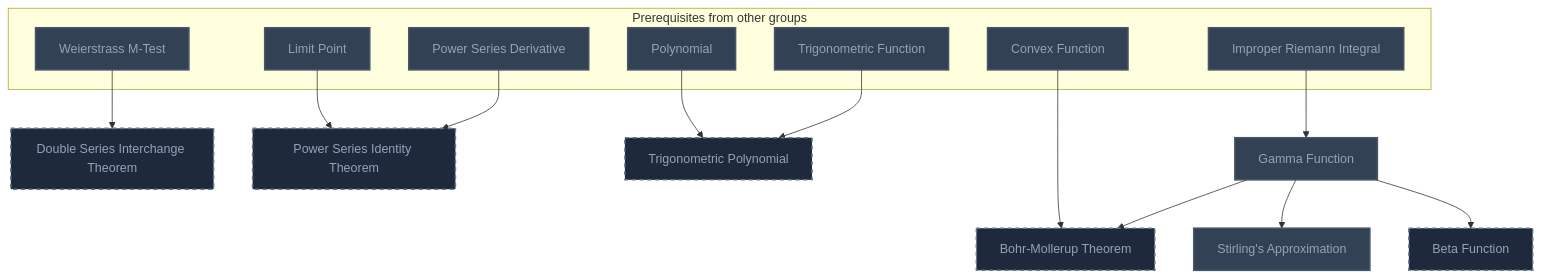
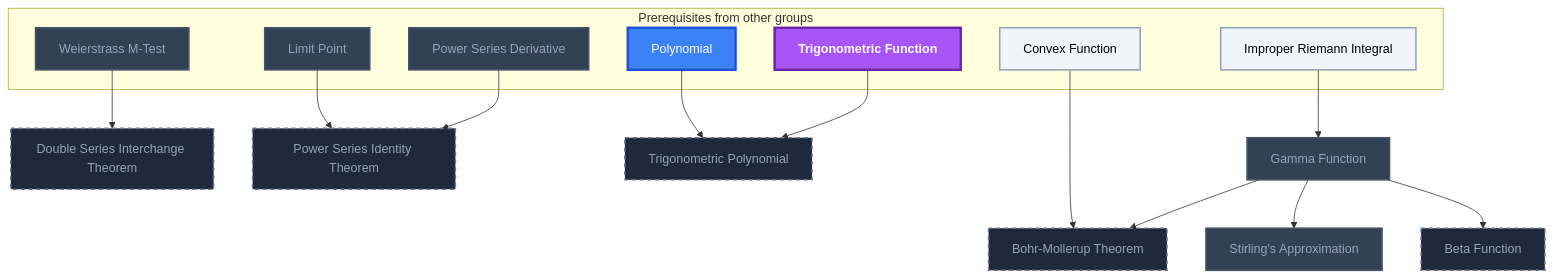
Before and after one commit to MRauf1/My-Notes: diagram 14 of 22 in Gamification/Skill Trees/Real Analysis.md, drawn with Mermaid. The commit also changed other lines of this file and 156 other files, not shown here.

````diff
--- a/Gamification/Skill Trees/Real Analysis.md
+++ b/Gamification/Skill Trees/Real Analysis.md
@@ -1152,41 +1177,44 @@
 ```mermaid
 flowchart TD
     classDef planned fill:#1E293B,stroke:#64748B,stroke-width:2px,stroke-dasharray:5 5,color:#94A3B8;
     classDef locked fill:#334155,stroke:#475569,stroke-width:2px,color:#94A3B8;
     classDef L0 fill:#F1F5F9,stroke:#94A3B8,stroke-width:2px,color:#000000;
     classDef L1 fill:#22C55E,stroke:#15803D,stroke-width:2px,color:#000000;
     classDef L2 fill:#3B82F6,stroke:#1D4ED8,stroke-width:3px,color:#FFFFFF;
     classDef L3 fill:#A855F7,stroke:#6B21A8,stroke-width:3px,color:#FFFFFF,font-weight:bold;
     classDef L4 fill:#F97316,stroke:#C2410C,stroke-width:4px,color:#000000,font-weight:bold;
     classDef L5 fill:#FFD700,stroke:#FF8C00,stroke-width:5px,color:#000000,font-weight:bold;
     classDef rusty stroke:#8B4513,stroke-width:4px,stroke-dasharray:3 3;
     subgraph sg_prereqs["Prerequisites from other groups"]
         n_weierstrass_m_test["Weierstrass M-Test"]
         n_limit_point["Limit Point"]
         n_power_series_derivative["Power Series Derivative"]
         n_polynomial["Polynomial"]
         n_trigonometric_function["Trigonometric Function"]
         n_convex_function["Convex Function"]
         n_improper_riemann_integral["Improper Riemann Integral"]
     end
     n_stirling_s_approximation["Stirling's Approximation"]
     n_double_series_interchange_theorem["Double Series Interchange Theorem"]
     n_power_series_identity_theorem["Power Series Identity Theorem"]
     n_trigonometric_polynomial["Trigonometric Polynomial"]
     n_beta_function["Beta Function"]
     n_bohr_mollerup_theorem["Bohr-Mollerup Theorem"]
     n_gamma_function["Gamma Function"]
     n_gamma_function --> n_stirling_s_approximation
     n_weierstrass_m_test --> n_double_series_interchange_theorem
     n_limit_point --> n_power_series_identity_theorem
     n_power_series_derivative --> n_power_series_identity_theorem
     n_polynomial --> n_trigonometric_polynomial
     n_trigonometric_function --> n_trigonometric_polynomial
     n_gamma_function --> n_beta_function
     n_convex_function --> n_bohr_mollerup_theorem
     n_gamma_function --> n_bohr_mollerup_theorem
     n_improper_riemann_integral --> n_gamma_function
     class n_double_series_interchange_theorem,n_power_series_identity_theorem,n_trigonometric_polynomial,n_beta_function,n_bohr_mollerup_theorem planned;
-    class n_weierstrass_m_test,n_limit_point,n_power_series_derivative,n_polynomial,n_trigonometric_function,n_convex_function,n_improper_riemann_integral,n_stirling_s_approximation,n_gamma_function locked;
+    class n_weierstrass_m_test,n_limit_point,n_power_series_derivative,n_stirling_s_approximation,n_gamma_function locked;
+    class n_convex_function,n_improper_riemann_integral L0;
+    class n_polynomial L2;
+    class n_trigonometric_function L3;
     class n_weierstrass_m_test,n_limit_point,n_power_series_derivative,n_polynomial,n_trigonometric_function,n_convex_function,n_improper_riemann_integral,n_stirling_s_approximation,n_gamma_function internal-link;
 ```
````
